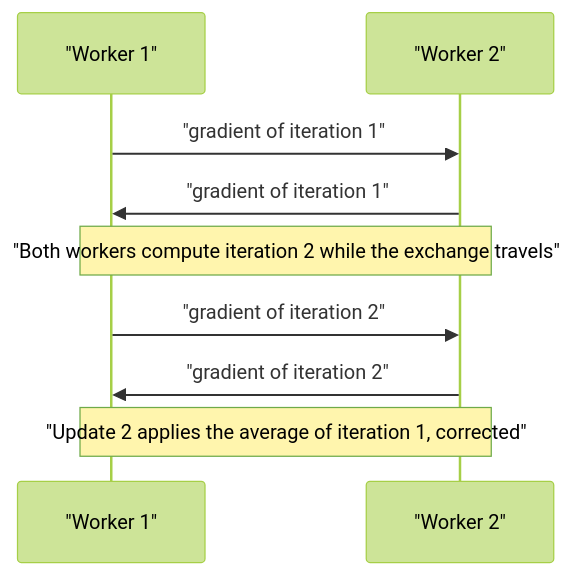
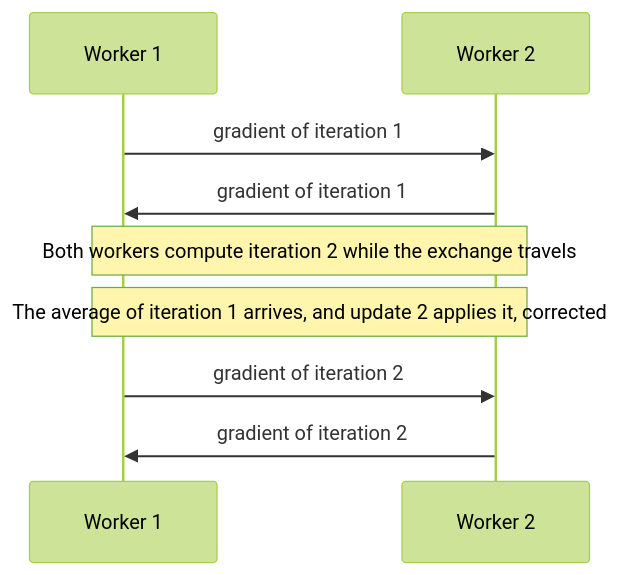
One commit to acailic/ai-engineer-path changed the diagram in 09-efficient-deep-learning/15-distributed-training.md. Above: the diagram before and after it, drawn with Mermaid (forest theme). The commit also changed other lines of this file and 4 other files, not shown here.

````diff
--- a/09-efficient-deep-learning/15-distributed-training.md
+++ b/09-efficient-deep-learning/15-distributed-training.md
@@ -137,11 +137,11 @@
 ```mermaid
 sequenceDiagram
-    participant W1 as "Worker 1"
-    participant W2 as "Worker 2"
-    W1->>W2: "gradient of iteration 1"
-    W2->>W1: "gradient of iteration 1"
-    Note over W1,W2: "Both workers compute iteration 2 while the exchange travels"
-    W1->>W2: "gradient of iteration 2"
-    W2->>W1: "gradient of iteration 2"
-    Note over W1,W2: "Update 2 applies the average of iteration 1, corrected"
+    participant W1 as Worker 1
+    participant W2 as Worker 2
+    W1->>W2: gradient of iteration 1
+    W2->>W1: gradient of iteration 1
+    Note over W1,W2: Both workers compute iteration 2 while the exchange travels
+    Note over W1,W2: The average of iteration 1 arrives, and update 2 applies it, corrected
+    W1->>W2: gradient of iteration 2
+    W2->>W1: gradient of iteration 2
 ```
````
